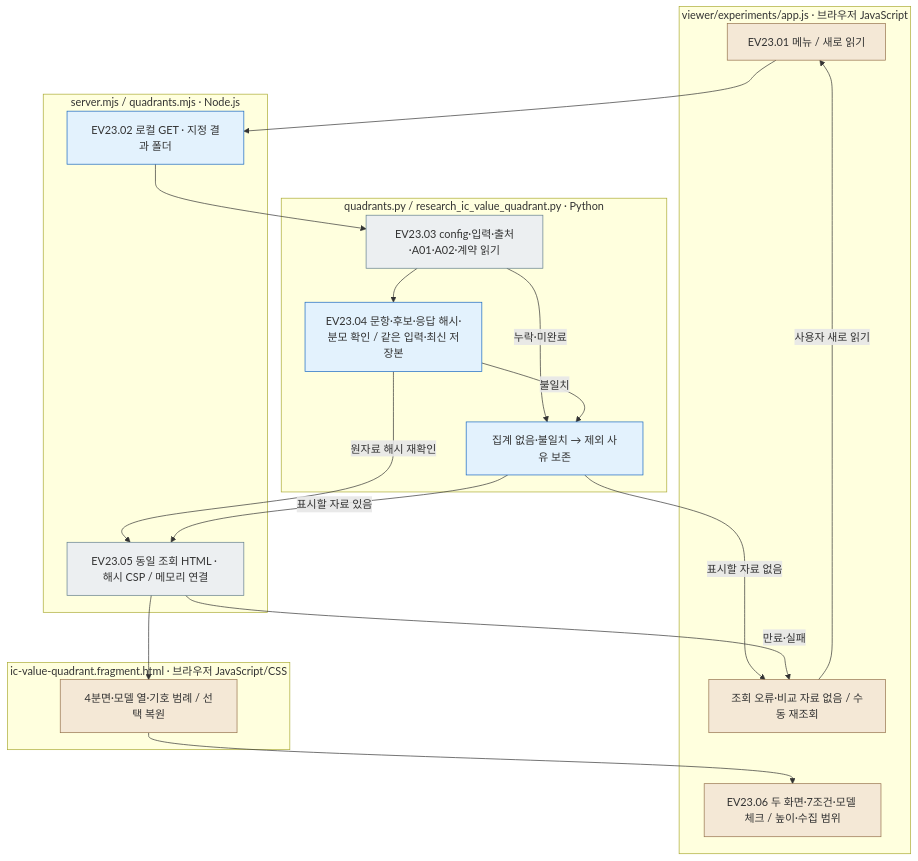
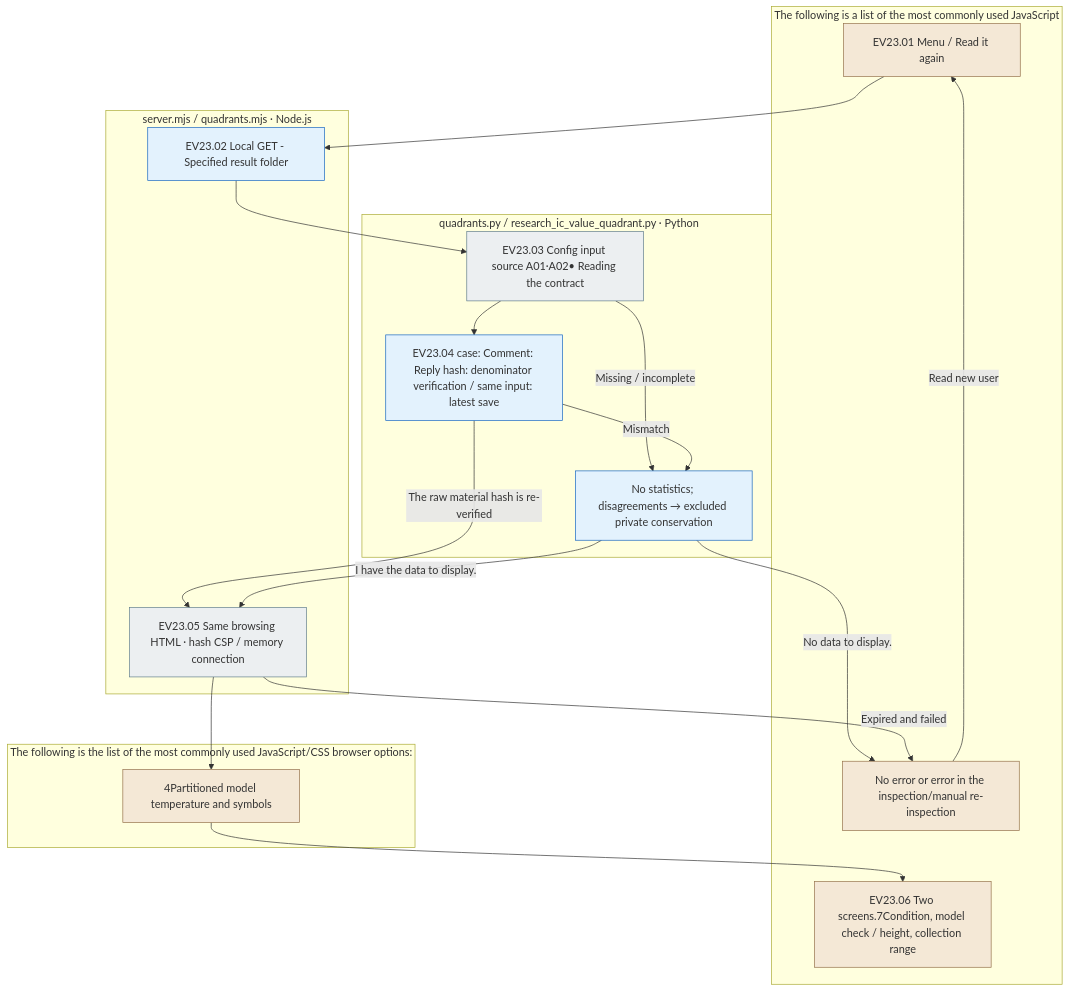
The diagram in src/finarch/documentation/templates/viewer-experiments-quadrants.md (pnu-clink/finject), drawn with Mermaid before and after one commit. The commit also changed other lines of this file and 644 other files, not shown here.

````diff
--- a/src/finarch/documentation/templates/viewer-experiments-quadrants.md
+++ b/src/finarch/documentation/templates/viewer-experiments-quadrants.md
@@ -25,33 +25,33 @@
 ```mermaid
 flowchart TD
- subgraph app["viewer/experiments/app.js · 브라우저 JavaScript"]
-  V["EV23.01 메뉴 / 새로 읽기"]
-  D["EV23.06 두 화면·7조건·모델 체크 / 높이·수집 범위"]
-  E["조회 오류·비교 자료 없음 / 수동 재조회"]
+ subgraph app["The following is a list of the most commonly used JavaScript"]
+  V["EV23.01 Menu / Read it again"]
+  D["EV23.06 Two screens.7Condition, model check / height, collection range"]
+  E["No error or error in the inspection/manual re-inspection"]
  end
  subgraph node["server.mjs / quadrants.mjs · Node.js"]
-  S["EV23.02 로컬 GET · 지정 결과 폴더"]
-  H["EV23.05 동일 조회 HTML · 해시 CSP / 메모리 연결"]
+  S["EV23.02 Local GET - Specified result folder"]
+  H["EV23.05 Same browsing HTML · hash CSP / memory connection"]
  end
  subgraph python["quadrants.py / research_ic_value_quadrant.py · Python"]
-  P["EV23.03 config·입력·출처·A01·A02·계약 읽기"]
-  C["EV23.04 문항·후보·응답 해시·분모 확인 / 같은 입력·최신 저장본"]
-  N["집계 없음·불일치 → 제외 사유 보존"]
+  P["EV23.03 Config input source A01·A02• Reading the contract"]
+  C["EV23.04 case: Comment: Reply hash: denominator verification / same input: latest save"]
+  N["No statistics; disagreements → excluded private conservation"]
  end
- subgraph template["ic-value-quadrant.fragment.html · 브라우저 JavaScript/CSS"]
-  T["4분면·모델 열·기호 범례 / 선택 복원"]
+ subgraph template["The following is the list of the most commonly used JavaScript/CSS browser options:"]
+  T["4Partitioned model temperature and symbols"]
  end
  V --> S --> P --> C
- P -->|누락·미완료| N
- C -->|불일치| N
- C -->|원자료 해시 재확인| H --> T --> D
- N -->|표시할 자료 있음| H
- N -->|표시할 자료 없음| E
- H -->|만료·실패| E -->|사용자 새로 읽기| V
+ P -->|Missing / incomplete| N
+ C -->|Mismatch| N
+ C -->|The raw material hash is re-verified| H --> T --> D
+ N -->|I have the data to display.| H
+ N -->|No data to display.| E
+ H -->|Expired and failed| E -->|Read new user| V
  classDef file fill:#eceff1,stroke:#607d8b
  classDef local fill:#e3f2fd,stroke:#1565c0
  classDef ui fill:#f4e8d6,stroke:#95714b
  class P,H file
  class S,C,N local
  class V,D,E,T ui
 ```
````
